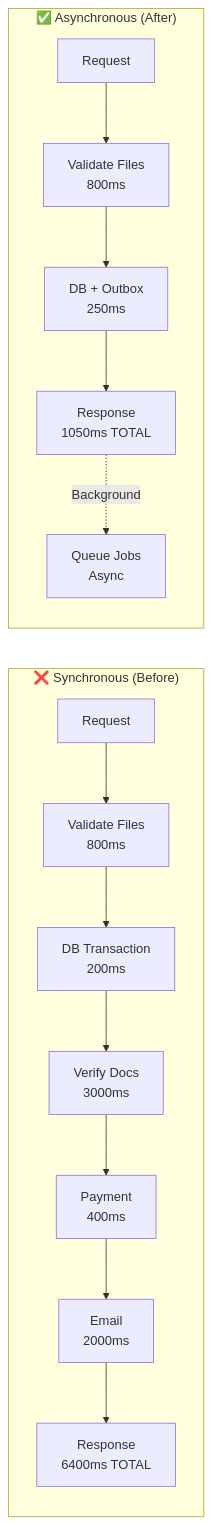
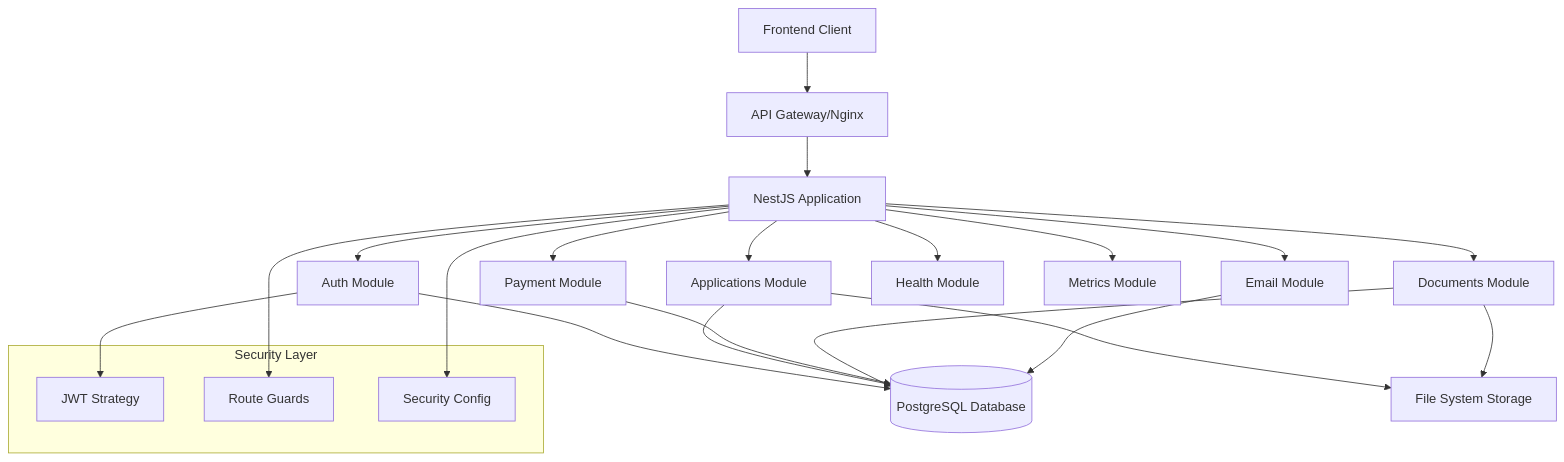
The first of 8 diagrams in backend/docs/SYSTEM_FLOW_BEFORE_PATTERNS.md (huytu0702/university_admission_portal), drawn with Mermaid before and after one commit. The commit also changed other lines of this file and 2 other files, not shown here.

````diff
--- a/backend/docs/SYSTEM_FLOW_BEFORE_PATTERNS.md
+++ b/backend/docs/SYSTEM_FLOW_BEFORE_PATTERNS.md
@@ -427,18 +9,32 @@
 ```mermaid
-graph LR
-    subgraph "❌ Synchronous (Before)"
-        A1[Request] --> A2[Validate Files<br/>800ms]
-        A2 --> A3[DB Transaction<br/>200ms]
-        A3 --> A4[Verify Docs<br/>3000ms]
-        A4 --> A5[Payment<br/>400ms]
-        A5 --> A6[Email<br/>2000ms]
-        A6 --> A7[Response<br/>6400ms TOTAL]
+graph TB
+    Client[Frontend Client] --> Gateway[API Gateway/Nginx]
+    Gateway --> App[NestJS Application]
+    
+    App --> Auth[Auth Module]
+    App --> Apps[Applications Module]
+    App --> Payments[Payment Module]
+    App --> Docs[Documents Module]
+    App --> Email[Email Module]
+    App --> Health[Health Module]
+    App --> Metrics[Metrics Module]
+    
+    Auth --> DB[(PostgreSQL Database)]
+    Apps --> DB
+    Payments --> DB
+    Docs --> DB
+    Email --> DB
+    
+    Apps --> FileStorage[File System Storage]
+    Docs --> FileStorage
+    
+    subgraph "Security Layer"
+        JWT[JWT Strategy]
+        Guards[Route Guards]
+        Security[Security Config]
     end
     
-    subgraph "✅ Asynchronous (After)"
-        B1[Request] --> B2[Validate Files<br/>800ms]
-        B2 --> B3[DB + Outbox<br/>250ms]
-        B3 --> B4[Response<br/>1050ms TOTAL]
-        B4 -.Background.-> B5[Queue Jobs<br/>Async]
-    end
+    Auth --> JWT
+    App --> Guards
+    App --> Security
 ```
````
